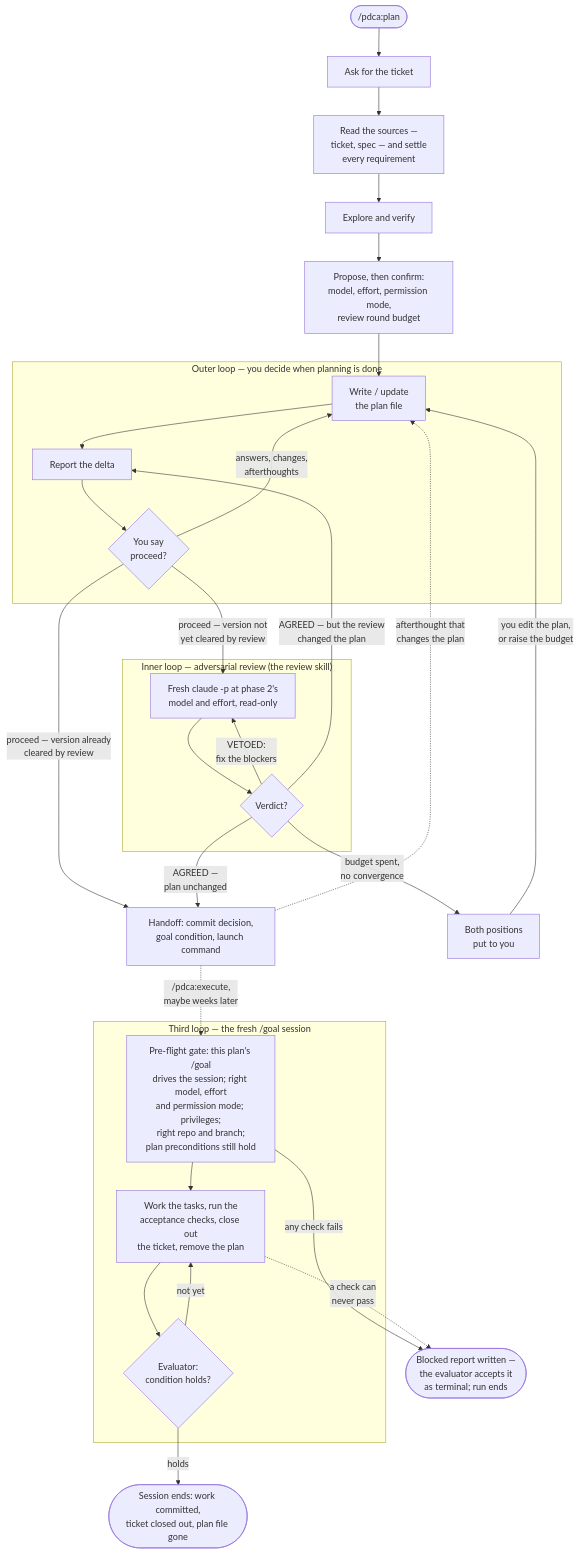
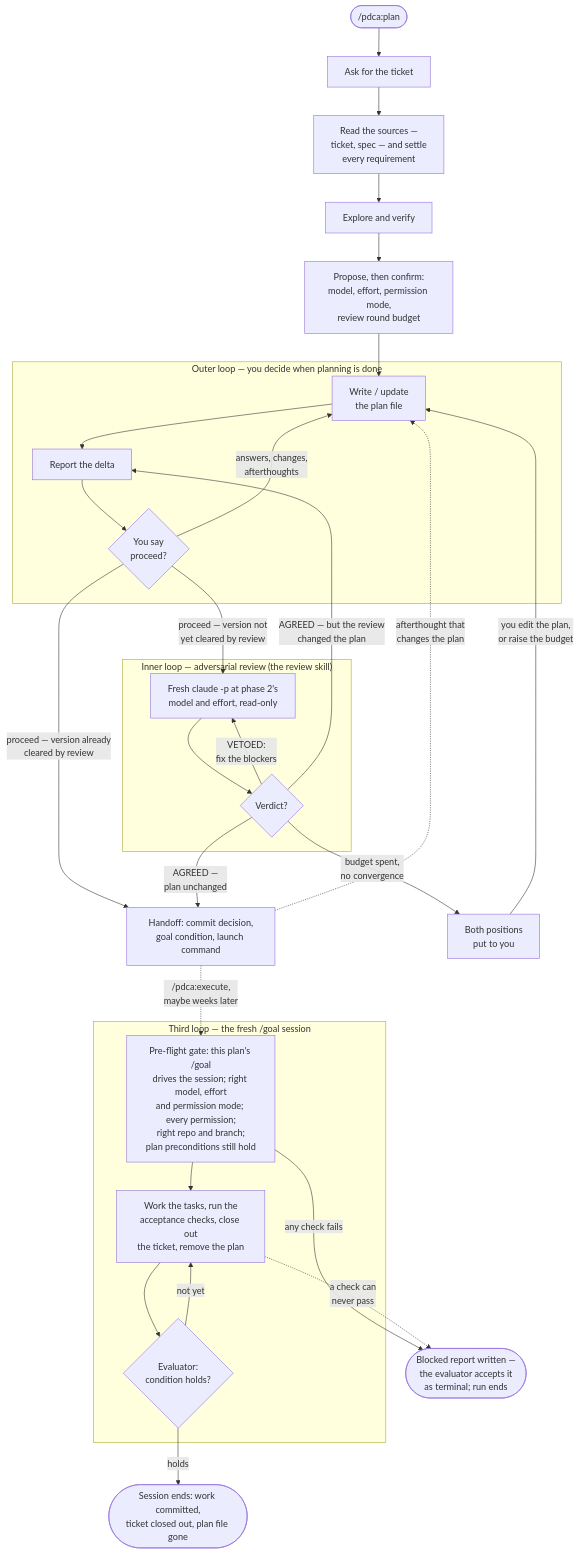
The second of 2 diagrams in pdca/README.md (christian-schlichtherle/cs7-claude-plugins), drawn with Mermaid before and after one commit. The commit also changed other lines of this file and 8 other files, not shown here.

First line of the commit message:
Probe every permission a pdca run needs in its pre-flight

````diff
--- a/pdca/README.md
+++ b/pdca/README.md
@@ -204,38 +206,38 @@
 ```mermaid
 flowchart TD
     subgraph Outer["Outer loop — you decide when planning is done"]
         Draft["Write / update<br>the plan file"] --> Delta["Report the delta"]
         Delta --> Happy{"You say<br>proceed?"}
         Happy -- "answers, changes,<br>afterthoughts" --> Draft
     end
 
     subgraph Inner["Inner loop — adversarial review (the review skill)"]
         Reviewer["Fresh claude -p at phase 2's<br>model and effort, read-only"] --> Verdict{"Verdict?"}
         Verdict -- "VETOED:<br>fix the blockers" --> Reviewer
     end
 
     Start(["/pdca:plan"]) --> Interview["Ask for the ticket"]
     Interview --> Sources["Read the sources —<br>ticket, spec — and settle<br>every requirement"]
     Sources --> Explore["Explore and verify"]
     Explore --> Executor["Propose, then confirm:<br>model, effort, permission mode,<br>review round budget"]
     Executor --> Draft
 
     Happy -- "proceed — version not<br>yet cleared by review" --> Reviewer
     Happy -- "proceed — version already<br>cleared by review" --> Handoff
     Verdict -- "budget spent,<br>no convergence" --> Settle["Both positions<br>put to you"]
     Settle -- "you edit the plan,<br>or raise the budget" --> Draft
     Verdict -- "AGREED —<br>plan unchanged" --> Handoff["Handoff: commit decision,<br>goal condition, launch command"]
     Verdict -- "AGREED — but the review<br>changed the plan" --> Delta
     Handoff -. "afterthought that<br>changes the plan" .-> Draft
 
     subgraph Goal["Third loop — the fresh /goal session"]
-        Gate["Pre-flight gate: this plan's /goal<br>drives the session; right model, effort<br>and permission mode; privileges;<br>right repo and branch;<br>plan preconditions still hold"] --> Work["Work the tasks, run the<br>acceptance checks, close out<br>the ticket, remove the plan"]
+        Gate["Pre-flight gate: this plan's /goal<br>drives the session; right model, effort<br>and permission mode; every permission;<br>right repo and branch;<br>plan preconditions still hold"] --> Work["Work the tasks, run the<br>acceptance checks, close out<br>the ticket, remove the plan"]
         Work --> Eval{"Evaluator:<br>condition holds?"}
         Eval -- "not yet" --> Work
     end
 
     Handoff -. "/pdca:execute,<br>maybe weeks later" .-> Gate
     Gate -- "any check fails" --> Blocked(["Blocked report written —<br>the evaluator accepts it<br>as terminal; run ends"])
     Work -. "a check can<br>never pass" .-> Blocked
     Eval -- "holds" --> Done(["Session ends: work committed,<br>ticket closed out, plan file gone"])
 ```
````
